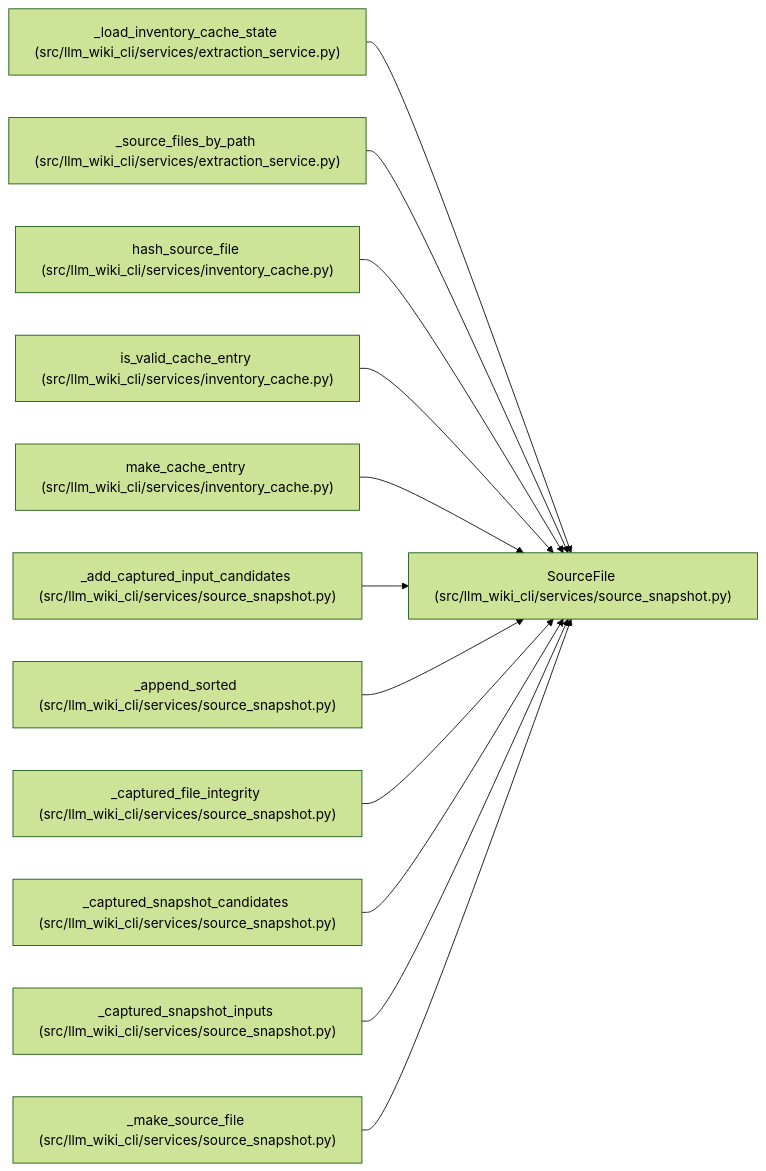
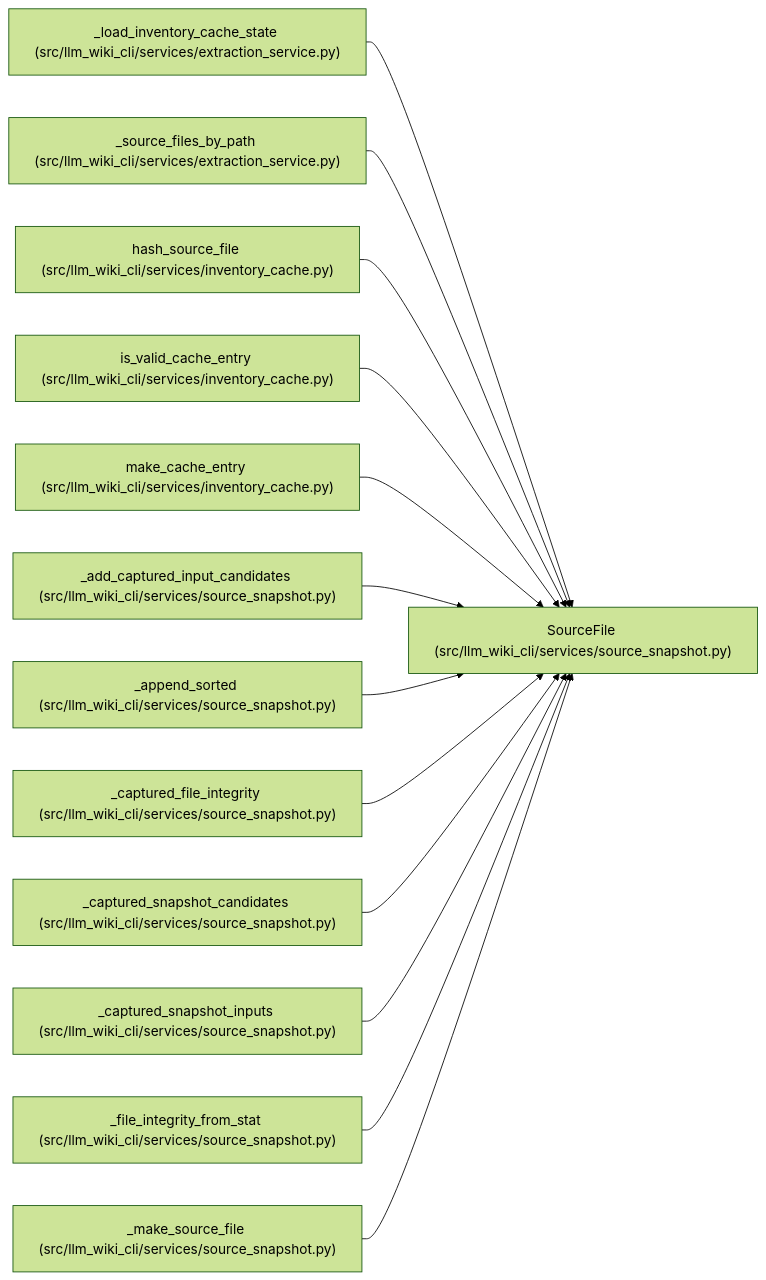
Before and after one commit to Denissvgn/python-wiki-llm: the diagram in docs/llm_wiki/entities/SourceFile.md, drawn with Mermaid (forest theme). The commit also changed other lines of this file and 865 other files, not shown here.

````diff
--- a/docs/llm_wiki/entities/SourceFile.md
+++ b/docs/llm_wiki/entities/SourceFile.md
@@ -32,38 +32,41 @@
 ```mermaid
 flowchart LR
     n0["SourceFile (src/llm_wiki_cli/services/source_snapshot.py)"]
     n1["_load_inventory_cache_state (src/llm_wiki_cli/services/extraction_service.py)"]
     n2["_source_files_by_path (src/llm_wiki_cli/services/extraction_service.py)"]
     n3["hash_source_file (src/llm_wiki_cli/services/inventory_cache.py)"]
     n4["is_valid_cache_entry (src/llm_wiki_cli/services/inventory_cache.py)"]
     n5["make_cache_entry (src/llm_wiki_cli/services/inventory_cache.py)"]
     n6["_add_captured_input_candidates (src/llm_wiki_cli/services/source_snapshot.py)"]
     n7["_append_sorted (src/llm_wiki_cli/services/source_snapshot.py)"]
     n8["_captured_file_integrity (src/llm_wiki_cli/services/source_snapshot.py)"]
     n9["_captured_snapshot_candidates (src/llm_wiki_cli/services/source_snapshot.py)"]
     n10["_captured_snapshot_inputs (src/llm_wiki_cli/services/source_snapshot.py)"]
-    n11["_make_source_file (src/llm_wiki_cli/services/source_snapshot.py)"]
+    n11["_file_integrity_from_stat (src/llm_wiki_cli/services/source_snapshot.py)"]
+    n12["_make_source_file (src/llm_wiki_cli/services/source_snapshot.py)"]
     n1 --> n0
     n2 --> n0
     n3 --> n0
     n4 --> n0
     n5 --> n0
     n6 --> n0
     n7 --> n0
     n8 --> n0
     n9 --> n0
     n10 --> n0
     n11 --> n0
+    n12 --> n0
     click n0 "../modules/source_snapshot.md"
     click n1 "../modules/extraction_service.md"
     click n2 "../modules/extraction_service.md"
     click n3 "../modules/inventory_cache.md"
     click n4 "../modules/inventory_cache.md"
     click n5 "../modules/inventory_cache.md"
     click n6 "../modules/source_snapshot.md"
     click n7 "../modules/source_snapshot.md"
     click n8 "../modules/source_snapshot.md"
     click n9 "../modules/source_snapshot.md"
     click n10 "../modules/source_snapshot.md"
     click n11 "../modules/source_snapshot.md"
+    click n12 "../modules/source_snapshot.md"
 ```
````
